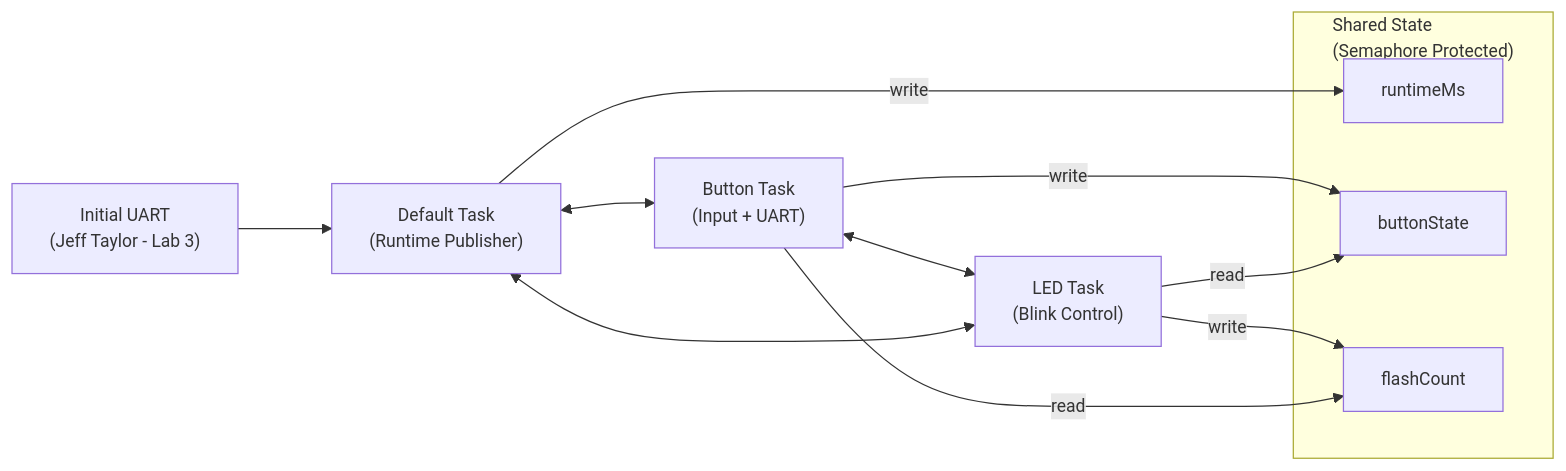
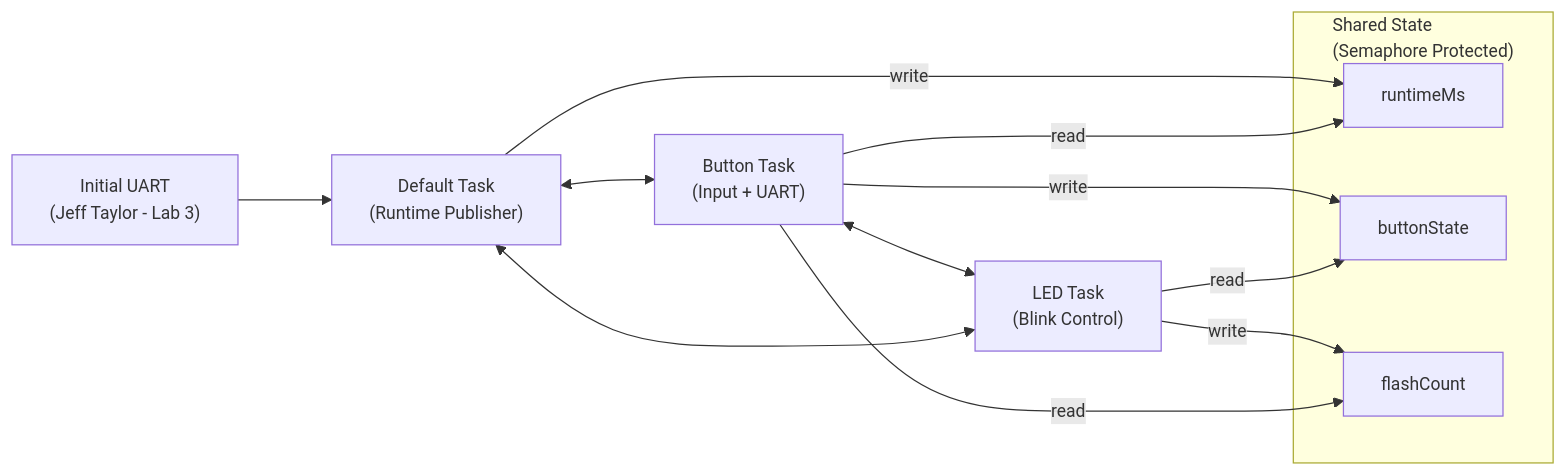
The diagram in S8/CPET 461 - RTOS/Labs/Lab3_Semaphore/Lab3 Plan.md (trulycaffeinated/RIT2025-26), drawn with Mermaid before and after one commit. The commit also changed 1 other file, not shown here.

Commit message:
vault backup: 2026-02-02 17:04:25

````diff
--- a/S8/CPET 461 - RTOS/Labs/Lab3_Semaphore/Lab3 Plan.md
+++ b/S8/CPET 461 - RTOS/Labs/Lab3_Semaphore/Lab3 Plan.md
@@ -65,26 +65,29 @@
 ```mermaid
 %%{init: {"flowchart": {"nodeSpacing": 55, "rankSpacing": 75}, "themeVariables": {"fontSize": "14px"}} }%%
 flowchart LR
     %% Startup
     U["Initial UART\n(Jeff Taylor - Lab 3)"] --> D["Default Task\n(Runtime Publisher)"]
 
     %% Trio back-and-forth interaction
     D <--> B["Button Task\n(Input + UART)"]
     B <--> L["LED Task\n(Blink Control)"]
     L <--> D
 
     %% Shared state protected by semaphore
     subgraph S["Shared State\n(Semaphore Protected)"]
         RT["runtimeMs"]
         BS["buttonState"]
         FC["flashCount"]
     end
 
     %% Shared variable interactions (labeled)
     D -- "write" --> RT
+    B -- "read"  --> RT
+
     B -- "write" --> BS
     L -- "read"  --> BS
 
     L -- "write" --> FC
     B -- "read"  --> FC
+
 ```
````
